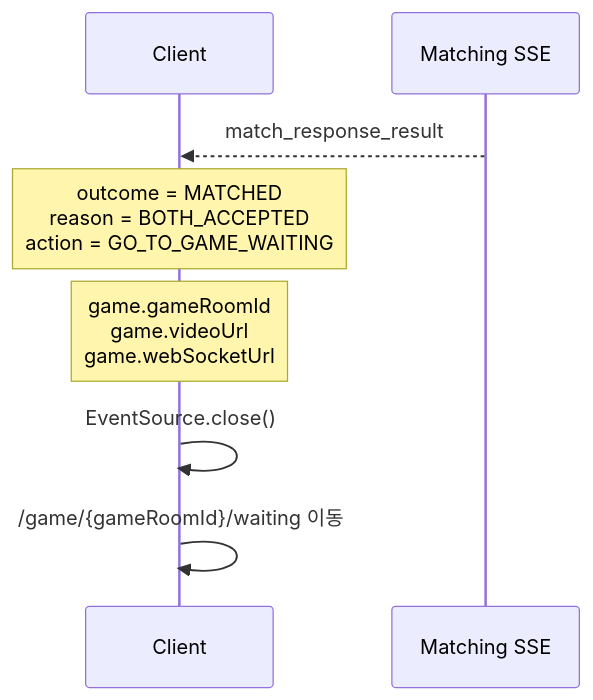
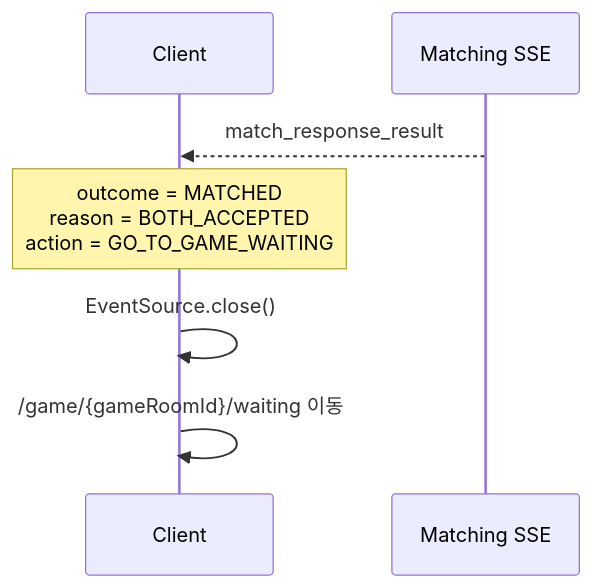
One commit to moonwhistle/League-of-Star changed the third of 11 diagrams in docs/project/websocket client.md. Above: the diagram before and after it, drawn with Mermaid. The commit also changed other lines of this file and 47 other files, not shown here.

````diff
--- a/docs/project/websocket client.md
+++ b/docs/project/websocket client.md
@@ -89,11 +86,10 @@
 ```mermaid
 sequenceDiagram
     participant C as Client
     participant S as Matching SSE
 
     S-->>C: match_response_result
     Note over C: outcome = MATCHED<br/>reason = BOTH_ACCEPTED<br/>action = GO_TO_GAME_WAITING
-    Note over C: game.gameRoomId<br/>game.videoUrl<br/>game.webSocketUrl
     C->>C: EventSource.close()
     C->>C: /game/{gameRoomId}/waiting 이동
 ```
````
